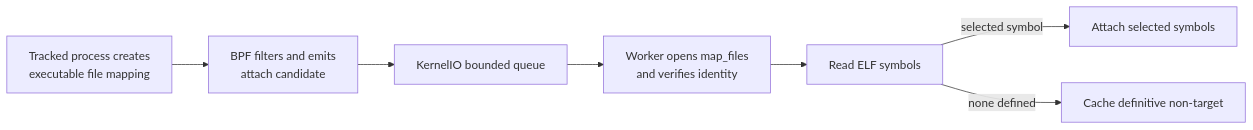
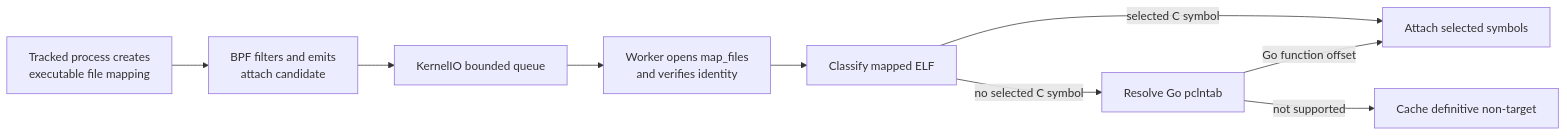
Before and after one commit to cicd-sensor/cicd-sensor: the second of 4 diagrams in docs/developer-guide/ebpf/http-uprobes.md, drawn with Mermaid. The commit also changed other lines of this file and 158 other files, not shown here.

````diff
--- a/docs/developer-guide/ebpf/http-uprobes.md
+++ b/docs/developer-guide/ebpf/http-uprobes.md
@@ -138,14 +138,17 @@
 ```mermaid
 flowchart LR
     MAP["Tracked process creates<br/>executable file mapping"]
     BPF["BPF filters and emits<br/>attach candidate"]
     QUEUE["KernelIO bounded queue"]
     OPEN["Worker opens map_files<br/>and verifies identity"]
-    ELF["Read ELF symbols"]
+    ELF["Classify mapped ELF"]
+    GO["Resolve Go pclntab"]
     ATTACH["Attach selected symbols"]
     CACHE["Cache definitive non-target"]
 
     MAP --> BPF --> QUEUE --> OPEN --> ELF
-    ELF -->|"selected symbol"| ATTACH
-    ELF -->|"none defined"| CACHE
+    ELF -->|"selected C symbol"| ATTACH
+    ELF -->|"no selected C symbol"| GO
+    GO -->|"Go function offset"| ATTACH
+    GO -->|"not supported"| CACHE
 ```
````
